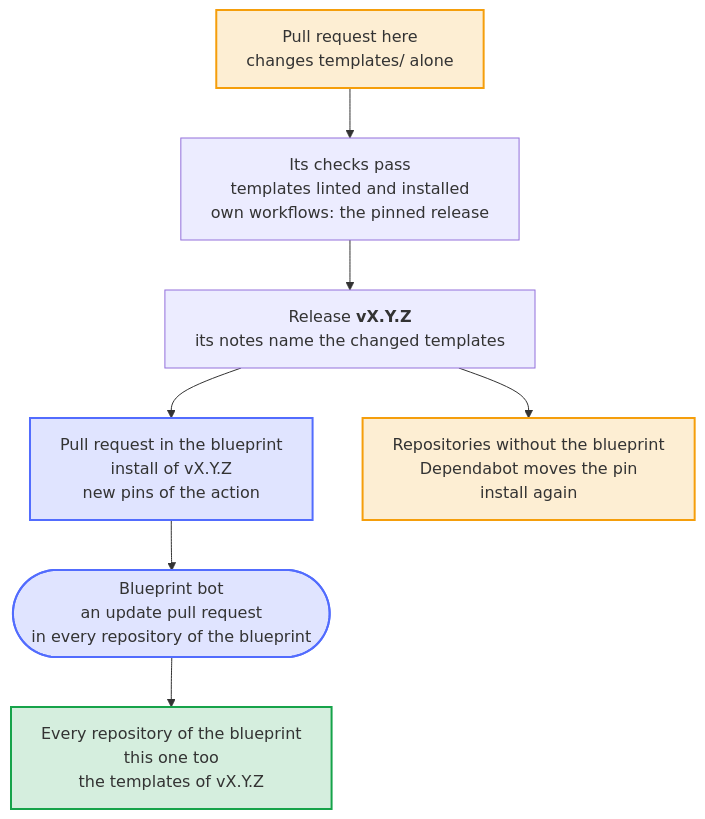
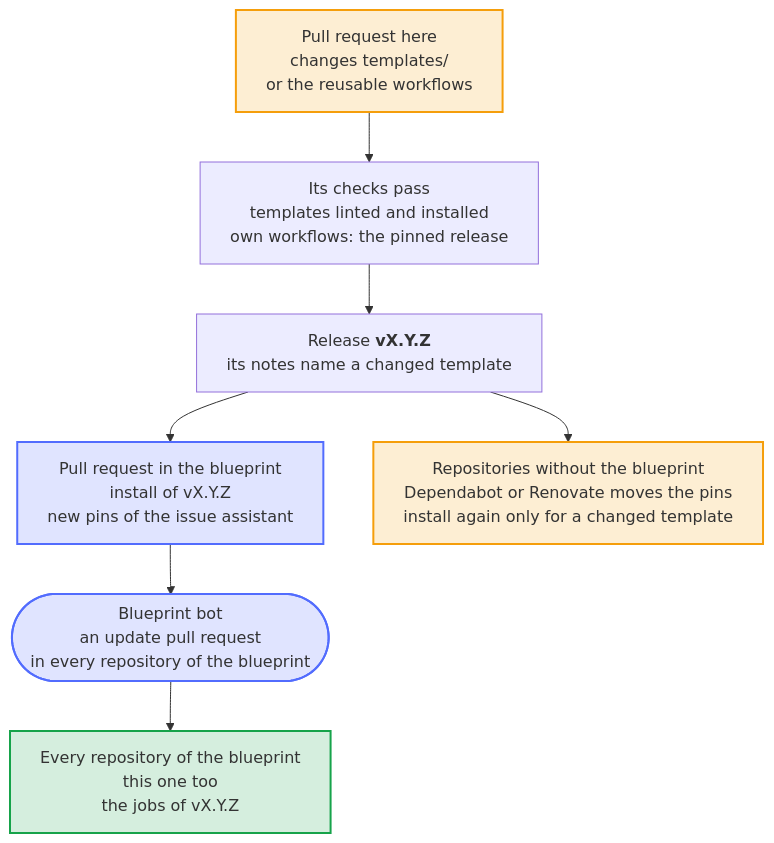
The diagram in docs/diagrams/how-a-change-of-a-template-reaches-the-repositories.mmd (Dennis-Otto/issue-assistant), drawn with Mermaid before and after one commit. The commit also changed 31 other files, not shown here.

First line of the commit message:
feat: ship the issue workflows as reusable workflows, so repositories update them with a pin bump (#128)

```diff
--- a/docs/diagrams/how-a-change-of-a-template-reaches-the-repositories.mmd
+++ b/docs/diagrams/how-a-change-of-a-template-reaches-the-repositories.mmd
@@ -1,27 +1,27 @@
 ---
 config:
   flowchart:
     wrappingWidth: 400
 ---
 flowchart TB
     accTitle: How a change of a template reaches the repositories
-    accDescr: A pull request in this repository changes templates/. Its checks lint the templates and check the set-up with them installed, while the required check issue-assistant compares this repository's own workflows with the release that they pin, so it stays green. Merged, the change becomes a release. A pull request in the repository blueprint installs that release there and moves the pins of the action. The next release of the blueprint brings it to every repository made from it, this one too. Repositories without the blueprint get the release from Dependabot and run install again.
+    accDescr: A pull request in this repository changes templates/ or the reusable workflows. Its checks lint them and check the set-up with the templates installed, while the required check issue-assistant compares this repository's own workflows with the release that they pin, so it stays green. Merged, the change becomes a release. A pull request in the repository blueprint installs that release there and moves the pins of the issue assistant. The next release of the blueprint brings it to every repository made from it, this one too. Repositories without the blueprint get the release from Dependabot or Renovate, which move the pins; they run install again only when the release changed a template.
 
-    change["Pull request here<br>changes templates/ alone"]
+    change["Pull request here<br>changes templates/<br>or the reusable workflows"]
     checks["Its checks pass<br>templates linted and installed<br>own workflows: the pinned release"]
-    release["`Release **vX.Y.Z**<br>its notes name the changed templates`"]
-    sync["Pull request in the blueprint<br>install of vX.Y.Z<br>new pins of the action"]
+    release["`Release **vX.Y.Z**<br>its notes name a changed template`"]
+    sync["Pull request in the blueprint<br>install of vX.Y.Z<br>new pins of the issue assistant"]
     rollout(["Blueprint bot<br>an update pull request<br>in every repository of the blueprint"])
-    fleet["Every repository of the blueprint<br>this one too<br>the templates of vX.Y.Z"]
-    others["Repositories without the blueprint<br>Dependabot moves the pin<br>install again"]
+    fleet["Every repository of the blueprint<br>this one too<br>the jobs of vX.Y.Z"]
+    others["Repositories without the blueprint<br>Dependabot or Renovate moves the pins<br>install again only for a changed template"]
 
     change --> checks --> release
     release --> sync --> rollout --> fleet
     release --> others
 
     classDef bot fill:#526cfe2e,stroke:#526cfe,stroke-width:2px
     classDef person fill:#f59e0b2e,stroke:#f59e0b,stroke-width:2px
     classDef done fill:#16a34a2e,stroke:#16a34a,stroke-width:2px
     class sync,rollout bot
     class change,others person
     class fleet done
```
